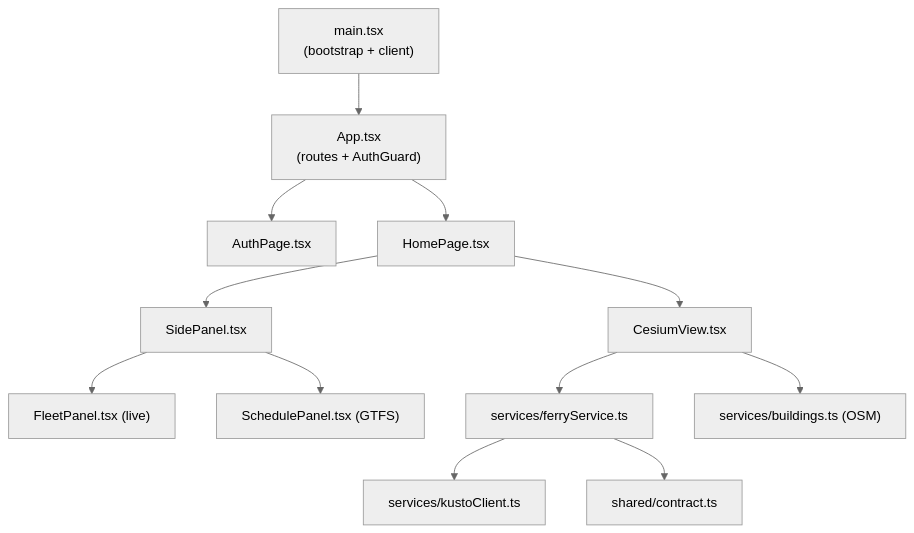
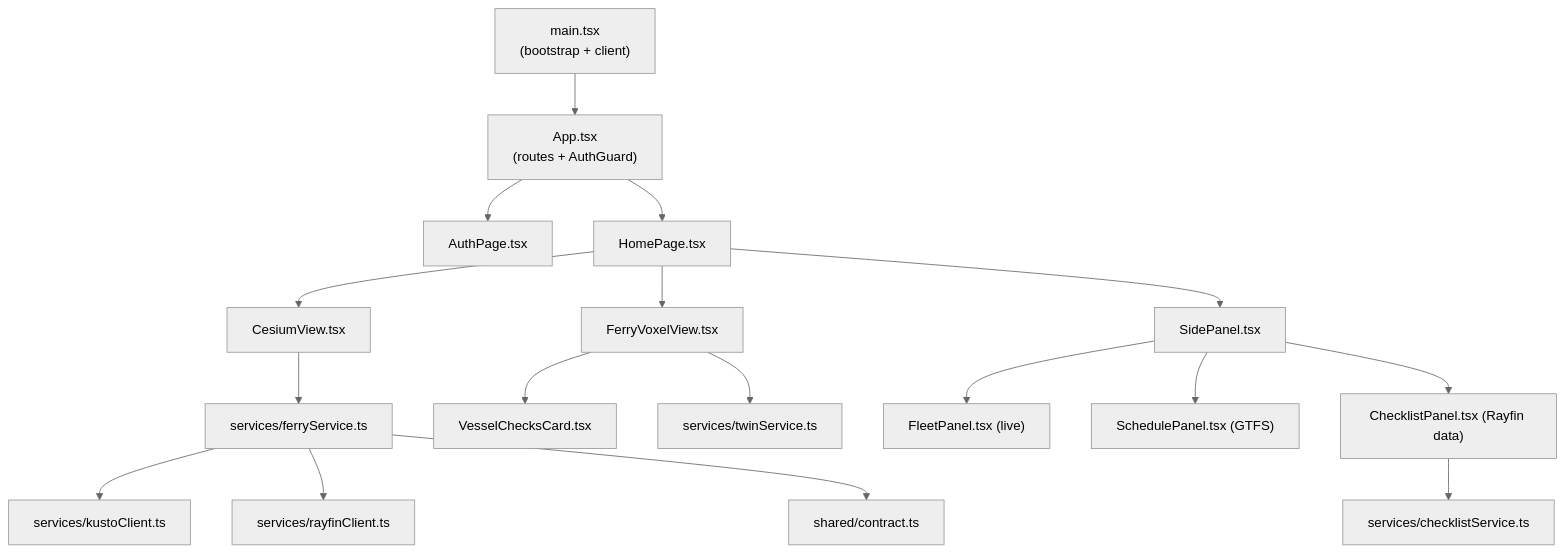
One commit to qkfang/ferry-world-rayfin changed the fifth of 5 diagrams in README.md. Above: the diagram before and after it, drawn with Mermaid (neutral theme). The commit also changed other lines of this file and 3 other files, not shown here.

Commit message:
Enhance FerryVoxelView with HarbourBackdrop for improved visuals; refactor water rendering and update fog settings

````diff
--- a/README.md
+++ b/README.md
@@ -101,14 +149,19 @@
 ```mermaid
 flowchart TB
     main["main.tsx<br/>(bootstrap + client)"] --> App["App.tsx<br/>(routes + AuthGuard)"]
     App --> AuthPage["AuthPage.tsx"]
     App --> Home["HomePage.tsx"]
     Home --> CesiumView["CesiumView.tsx"]
+    Home --> Voxel["FerryVoxelView.tsx"]
     Home --> SidePanel["SidePanel.tsx"]
     SidePanel --> Fleet["FleetPanel.tsx (live)"]
     SidePanel --> Sched["SchedulePanel.tsx (GTFS)"]
+    SidePanel --> Check["ChecklistPanel.tsx (Rayfin data)"]
+    Voxel --> ChecksCard["VesselChecksCard.tsx"]
     CesiumView --> ferrySvc["services/ferryService.ts"]
-    CesiumView --> buildings["services/buildings.ts (OSM)"]
+    Voxel --> twinSvc["services/twinService.ts"]
+    Check --> checkSvc["services/checklistService.ts"]
     ferrySvc --> kusto["services/kustoClient.ts"]
+    ferrySvc --> rc["services/rayfinClient.ts"]
     ferrySvc --> contract["shared/contract.ts"]
 ```
````
